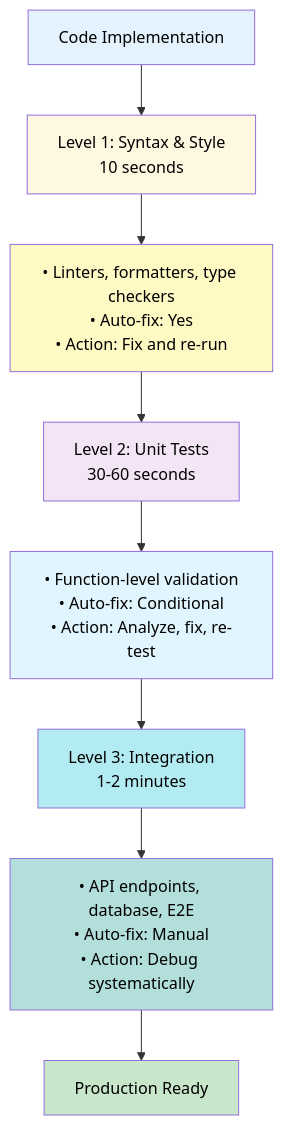
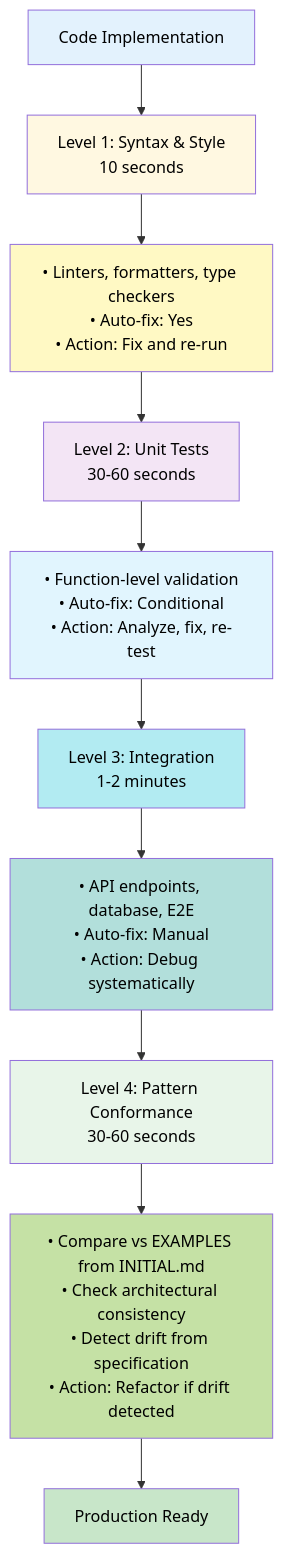
One commit to bprzybys-nc/ctx-eng-plus changed the sixth of 11 diagrams in PRPs/Model.md. Above: the diagram before and after it, drawn with Mermaid. The commit also changed other lines of this file and 1 other file, not shown here.

````diff
--- a/PRPs/Model.md
+++ b/PRPs/Model.md
@@ -374,19 +419,23 @@
 ```mermaid
 graph TB
     A["Code Implementation"] --> B["Level 1: Syntax & Style<br/>10 seconds"]
     B --> B1["• Linters, formatters, type checkers<br/>• Auto-fix: Yes<br/>• Action: Fix and re-run"]
     B1 --> C["Level 2: Unit Tests<br/>30-60 seconds"]
     C --> C1["• Function-level validation<br/>• Auto-fix: Conditional<br/>• Action: Analyze, fix, re-test"]
     C1 --> D["Level 3: Integration<br/>1-2 minutes"]
     D --> D1["• API endpoints, database, E2E<br/>• Auto-fix: Manual<br/>• Action: Debug systematically"]
-    D1 --> E["Production Ready"]
+    D1 --> D2["Level 4: Pattern Conformance<br/>30-60 seconds"]
+    D2 --> D3["• Compare vs EXAMPLES from INITIAL.md<br/>• Check architectural consistency<br/>• Detect drift from specification<br/>• Action: Refactor if drift detected"]
+    D3 --> E["Production Ready"]
 
     style A fill:#e3f2fd,color:#000
     style B fill:#fff8e1,color:#000
     style B1 fill:#fff9c4,color:#000
     style C fill:#f3e5f5,color:#000
     style C1 fill:#e1f5fe,color:#000
     style D fill:#b2ebf2,color:#000
     style D1 fill:#b2dfdb,color:#000
+    style D2 fill:#e8f5e9,color:#000
+    style D3 fill:#c5e1a5,color:#000
     style E fill:#c8e6c9,color:#000
 ```
````
